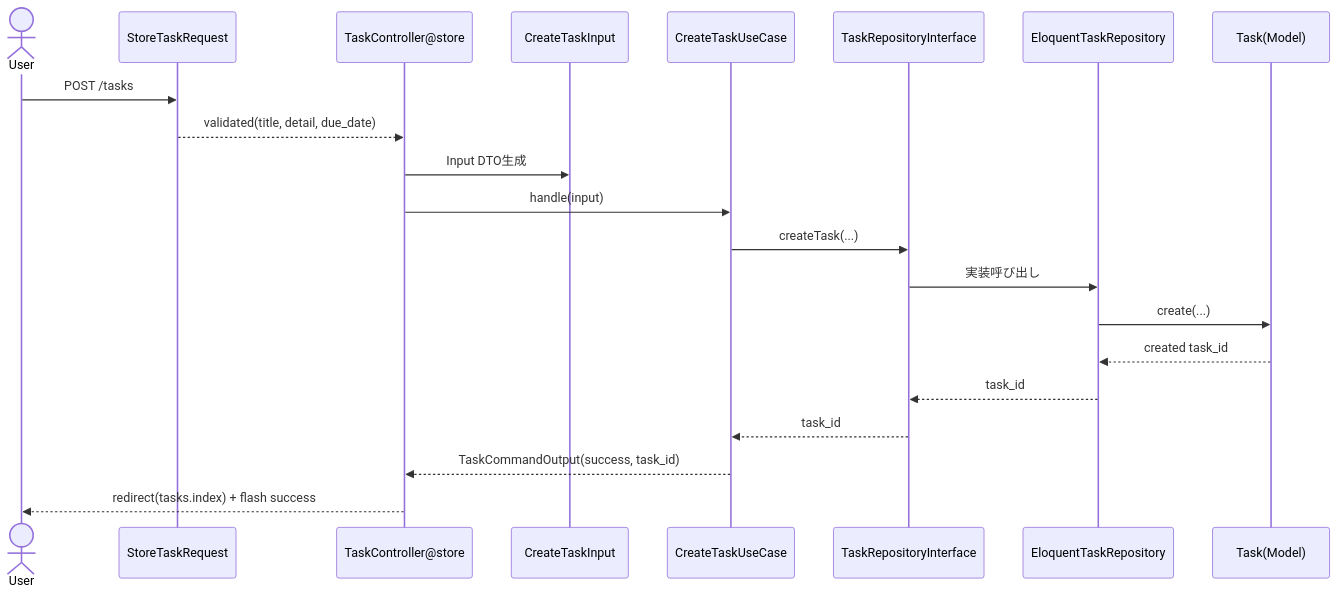
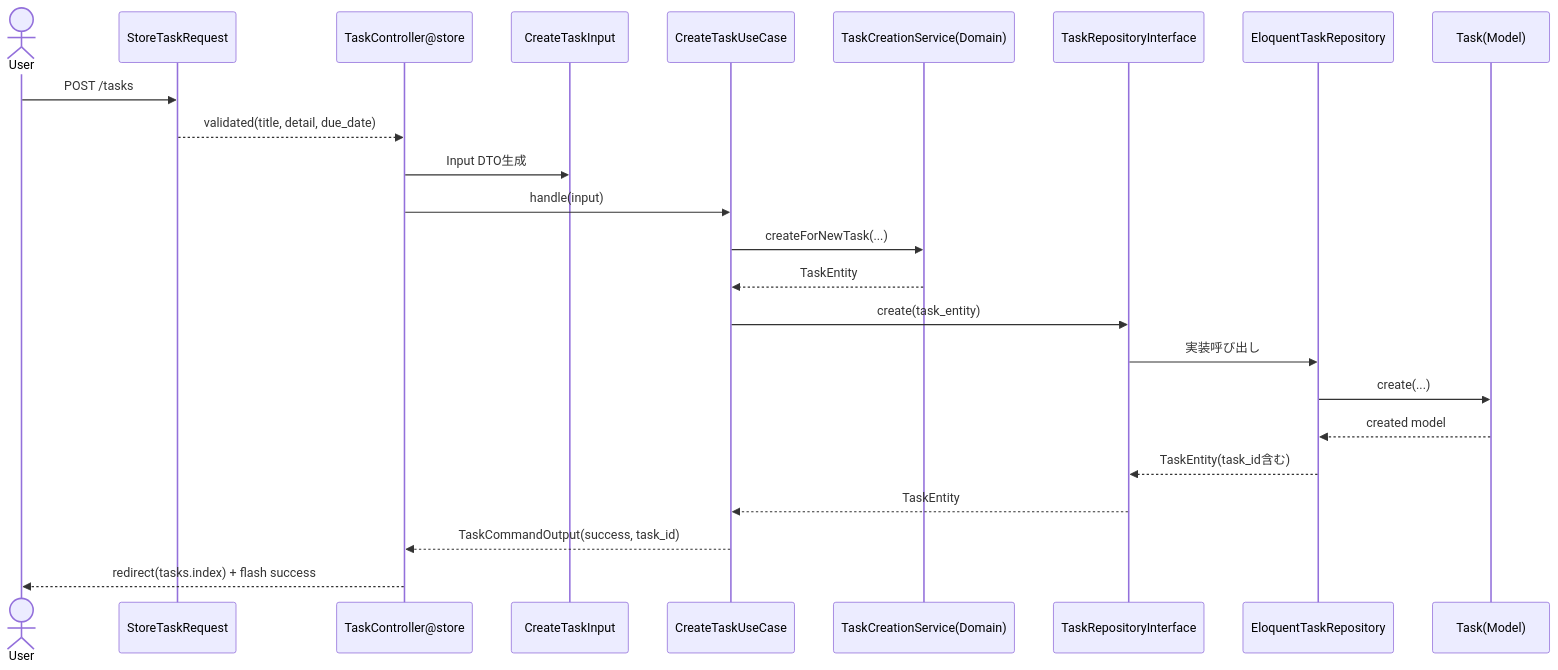
One commit to pasgroup/laravel-playground changed the third of 5 diagrams in docs/task-usecase-data-flow.md. Above: the diagram before and after it, drawn with Mermaid. The commit also changed other lines of this file and 56 other files, not shown here.

````diff
--- a/docs/task-usecase-data-flow.md
+++ b/docs/task-usecase-data-flow.md
@@ -67,24 +72,27 @@
 ```mermaid
 sequenceDiagram
     actor U as User
     participant Req as StoreTaskRequest
     participant C as TaskController@store
     participant D as CreateTaskInput
     participant CU as CreateTaskUseCase
+    participant S as TaskCreationService(Domain)
     participant Repo as TaskRepositoryInterface
     participant ER as EloquentTaskRepository
     participant T as Task(Model)
 
     U->>Req: POST /tasks
     Req-->>C: validated(title, detail, due_date)
     C->>D: Input DTO生成
     C->>CU: handle(input)
-    CU->>Repo: createTask(...)
+    CU->>S: createForNewTask(...)
+    S-->>CU: TaskEntity
+    CU->>Repo: create(task_entity)
     Repo->>ER: 実装呼び出し
     ER->>T: create(...)
-    T-->>ER: created task_id
-    ER-->>Repo: task_id
-    Repo-->>CU: task_id
+    T-->>ER: created model
+    ER-->>Repo: TaskEntity(task_id含む)
+    Repo-->>CU: TaskEntity
     CU-->>C: TaskCommandOutput(success, task_id)
     C-->>U: redirect(tasks.index) + flash success
 ```
````
